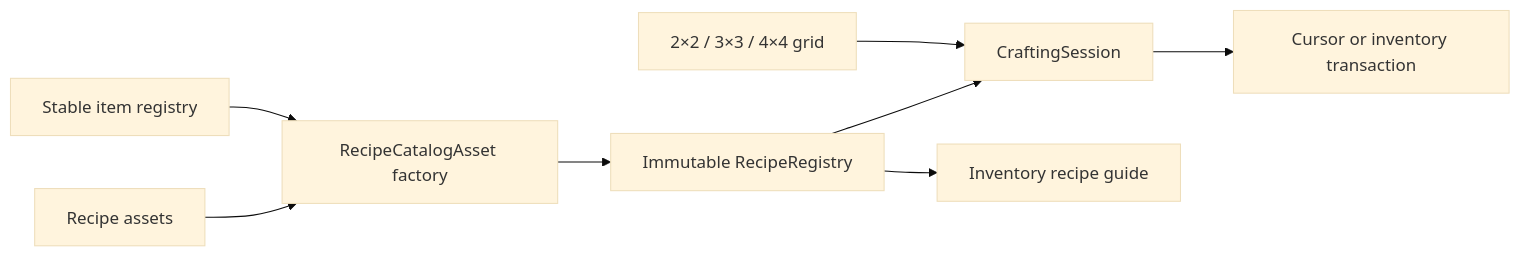
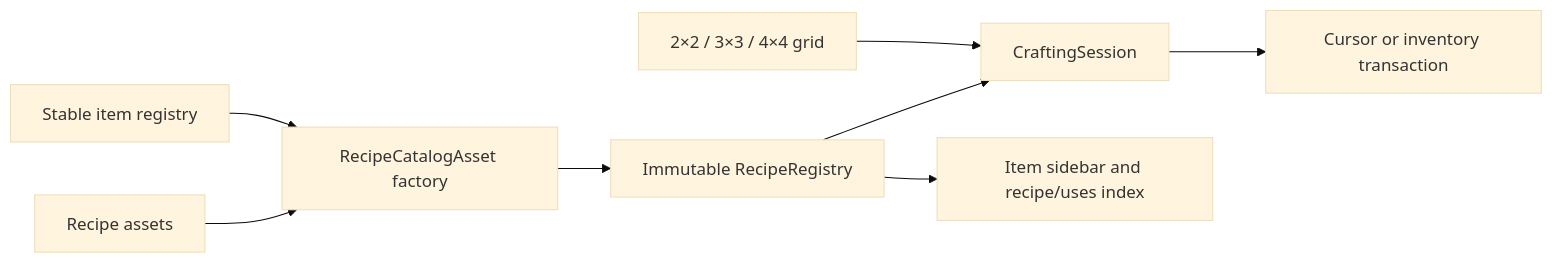
One commit to Starbugstone/Rivet-Reach changed the diagram in .docs/CRAFTING.md. Above: the diagram before and after it, drawn with Mermaid (base theme). The commit also changed other lines of this file and 40 other files, not shown here.

Commit message:
Add searchable recipe sidebar and safe Ctrl-click placement

````diff
--- a/.docs/CRAFTING.md
+++ b/.docs/CRAFTING.md
@@ -18,10 +18,10 @@
 ```mermaid
 flowchart LR
     A[Recipe assets] --> B[RecipeCatalogAsset factory]
     I[Stable item registry] --> B
     B --> C[Immutable RecipeRegistry]
     C --> D[CraftingSession]
-    C --> G[Inventory recipe guide]
+    C --> G[Item sidebar and recipe/uses index]
     E[2×2 / 3×3 / 4×4 grid] --> D
     D --> F[Cursor or inventory transaction]
 ```
````
